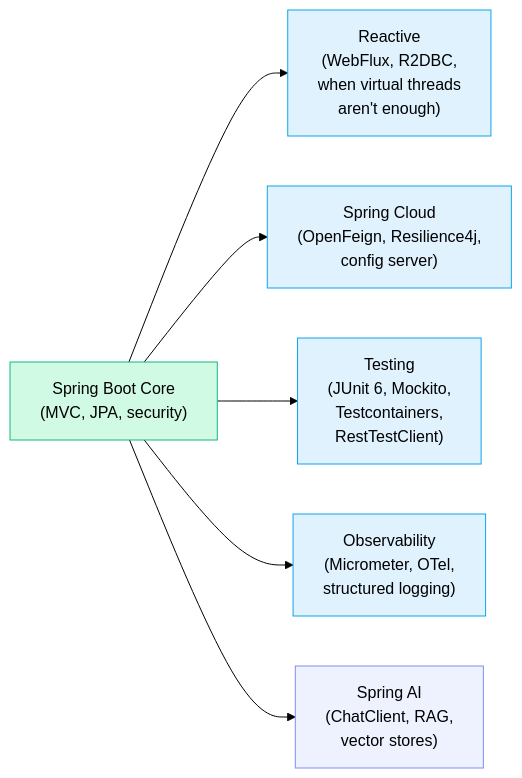
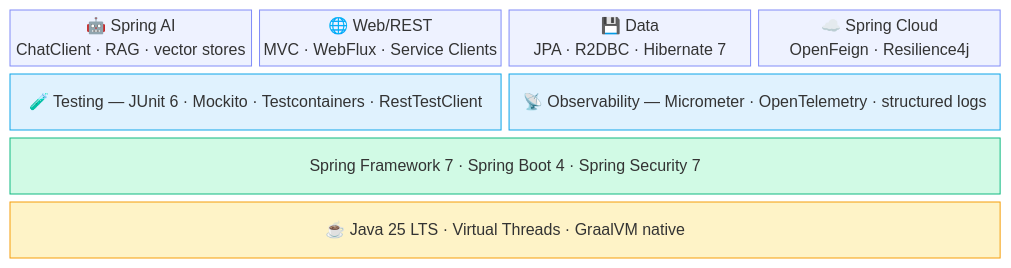
One commit to hanafifirman11/hanafifirman11.github.io changed the third of 5 diagrams in src/content/blog/java-roadmap-ai-era/en.md. Above: the diagram before and after it, drawn with Mermaid (forest theme). The commit also changed other lines of this file and 1 other file, not shown here.

First line of the commit message:
feat(java-roadmap): switch diagrams to more creative mermaid types

````diff
--- a/src/content/blog/java-roadmap-ai-era/en.md
+++ b/src/content/blog/java-roadmap-ai-era/en.md
@@ -126,22 +162,25 @@
 ```mermaid
-flowchart LR
-    Core["Spring Boot Core<br/>(MVC, JPA, security)"]
-    Reactive["Reactive<br/>(WebFlux, R2DBC,<br/>when virtual threads<br/>aren't enough)"]
-    Cloud["Spring Cloud<br/>(OpenFeign, Resilience4j,<br/>config server)"]
-    Test["Testing<br/>(JUnit 6, Mockito,<br/>Testcontainers,<br/>RestTestClient)"]
-    Obs["Observability<br/>(Micrometer, OTel,<br/>structured logging)"]
-    AI["Spring AI<br/>(ChatClient, RAG,<br/>vector stores)"]
+block-beta
+  columns 4
 
-    Core --> Reactive
-    Core --> Cloud
-    Core --> Test
-    Core --> Obs
-    Core --> AI
+  AI["🤖 Spring AI<br/>ChatClient · RAG · vector stores"]:1
+  Web["🌐 Web/REST<br/>MVC · WebFlux · Service Clients"]:1
+  Data["💾 Data<br/>JPA · R2DBC · Hibernate 7"]:1
+  Cloud["☁️ Spring Cloud<br/>OpenFeign · Resilience4j"]:1
 
-    classDef core stroke:#10b981,fill:#d1fae5,color:#000
-    classDef adv stroke:#0ea5e9,fill:#e0f2fe,color:#000
-    classDef ai stroke:#818cf8,fill:#eef2ff,color:#000
-    class Core core
-    class Reactive,Cloud,Test,Obs adv
-    class AI ai
+  Test["🧪 Testing — JUnit 6 · Mockito · Testcontainers · RestTestClient"]:2
+  Obs["📡 Observability — Micrometer · OpenTelemetry · structured logs"]:2
+
+  Framework["Spring Framework 7 · Spring Boot 4 · Spring Security 7"]:4
+
+  JVM["☕ Java 25 LTS · Virtual Threads · GraalVM native"]:4
+
+  classDef apps stroke:#818cf8,fill:#eef2ff,color:#000
+  classDef shared stroke:#0ea5e9,fill:#e0f2fe,color:#000
+  classDef base stroke:#10b981,fill:#d1fae5,color:#000
+  classDef jvm stroke:#f59e0b,fill:#fef3c7,color:#000
+  class AI,Web,Data,Cloud apps
+  class Test,Obs shared
+  class Framework base
+  class JVM jvm
 ```
````
